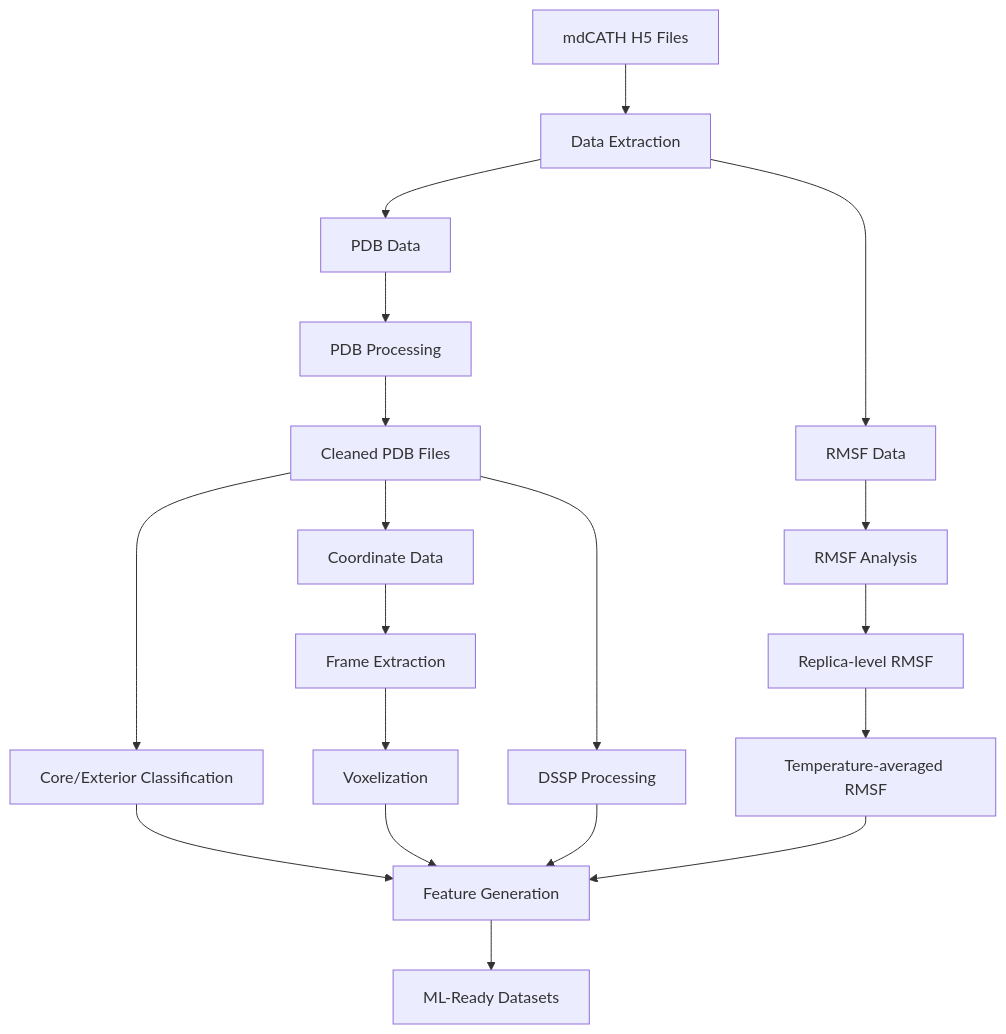
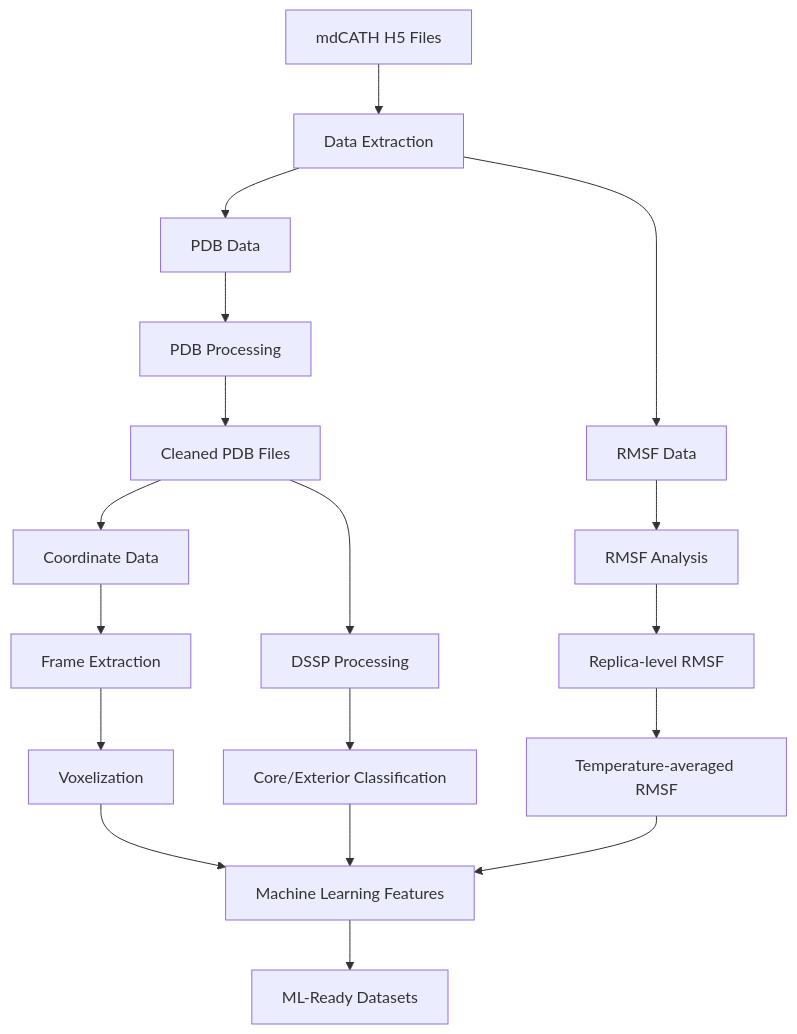
Before and after one commit to Felixburton7/mdcath-processor: the diagram in README.md, drawn with Mermaid.

````diff
--- a/README.md
+++ b/README.md
@@ -168,26 +168,25 @@
 ```mermaid
 graph TD
     A[mdCATH H5 Files] --> B[Data Extraction]
     B --> C1[PDB Data]
     B --> C2[RMSF Data]
     
     C1 --> D1[PDB Processing]
     D1 --> E1[Cleaned PDB Files]
-    E1 --> F1[Core/Exterior Classification]
     E1 --> C4[Coordinate Data]
     E1 --> D3[DSSP Processing]
+    D3 --> F1[Core/Exterior Classification]
     
     C2 --> D2[RMSF Analysis]
     D2 --> E2[Replica-level RMSF]
     E2 --> F3[Temperature-averaged RMSF]
     
     C4 --> F2[Frame Extraction]
     
-    F1 --> G[Feature Generation]
+    F1 --> G[Machine Learning Features]
     F2 --> H[Voxelization]
     F3 --> G
-    D3 --> G
     
     H --> G
     G --> I[ML-Ready Datasets]
 ```
````
